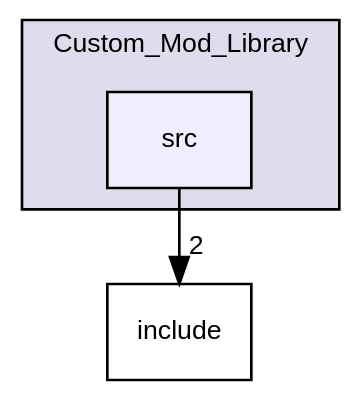
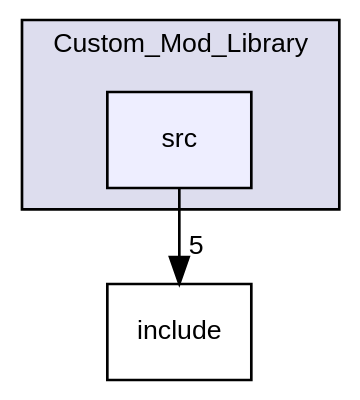
The diagram in dir_cbd26f7b0946528e265beb2513fbf397_dep.dot (ejagombar/2021_Group_3), drawn with Graphviz before and after one commit. The commit also changed 66 other files, not shown here.

```diff
--- a/dir_cbd26f7b0946528e265beb2513fbf397_dep.dot
+++ b/dir_cbd26f7b0946528e265beb2513fbf397_dep.dot
@@ -1,12 +1,12 @@
 digraph "/home/runner/work/2021_Group_3/2021_Group_3/Custom_Mod_Library/src" {
   bgcolor=transparent;
   compound=true
   node [ fontsize="10", fontname="Helvetica"];
   edge [ labelfontsize="10", labelfontname="Helvetica"];
   subgraph clusterdir_3d791e5d7456dbf61f6d7b678dfd72f4 {
     graph [ bgcolor="#ddddee", pencolor="black", label="Custom_Mod_Library" fontname="Helvetica", fontsize="10", URL="dir_3d791e5d7456dbf61f6d7b678dfd72f4.html"]
   dir_cbd26f7b0946528e265beb2513fbf397 [shape=box, label="src", style="filled", fillcolor="#eeeeff", pencolor="black", URL="dir_cbd26f7b0946528e265beb2513fbf397.html"];
   }
   dir_f5c7eabd21a874ae9d109060d168a55c [shape=box label="include" URL="dir_f5c7eabd21a874ae9d109060d168a55c.html"];
-  dir_cbd26f7b0946528e265beb2513fbf397->dir_f5c7eabd21a874ae9d109060d168a55c [headlabel="2", labeldistance=1.5 headhref="dir_000002_000001.html"];
+  dir_cbd26f7b0946528e265beb2513fbf397->dir_f5c7eabd21a874ae9d109060d168a55c [headlabel="5", labeldistance=1.5 headhref="dir_000002_000001.html"];
 }
```
